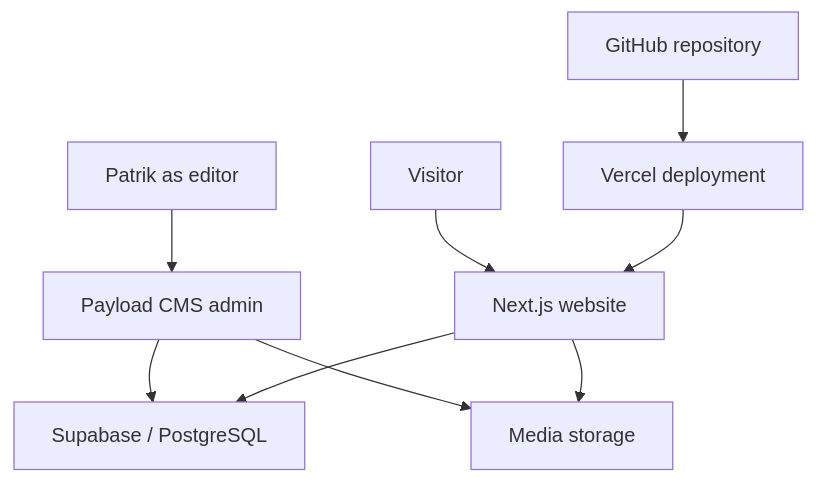
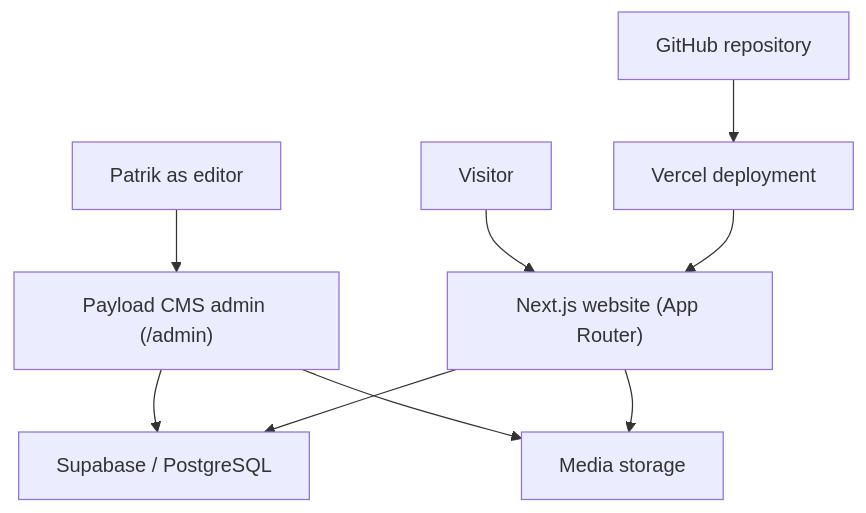
One commit to xvonpat/patrik-von-porat-portfolio changed the first of 4 diagrams in docs/ai/SITE_ARCHITECTURE.md. Above: the diagram before and after it, drawn with Mermaid. The commit also changed other lines of this file and 12 other files, not shown here.

````diff
--- a/docs/ai/SITE_ARCHITECTURE.md
+++ b/docs/ai/SITE_ARCHITECTURE.md
@@ -31,11 +32,11 @@
 ```mermaid
 flowchart TD
-    V["Visitor"] --> N["Next.js website"]
-    E["Patrik as editor"] --> P["Payload CMS admin"]
+    V["Visitor"] --> N["Next.js website (App Router)"]
+    E["Patrik as editor"] --> P["Payload CMS admin (/admin)"]
     P --> D["Supabase / PostgreSQL"]
     P --> M["Media storage"]
     N --> D
     N --> M
     G["GitHub repository"] --> H["Vercel deployment"]
     H --> N
 ```
````
